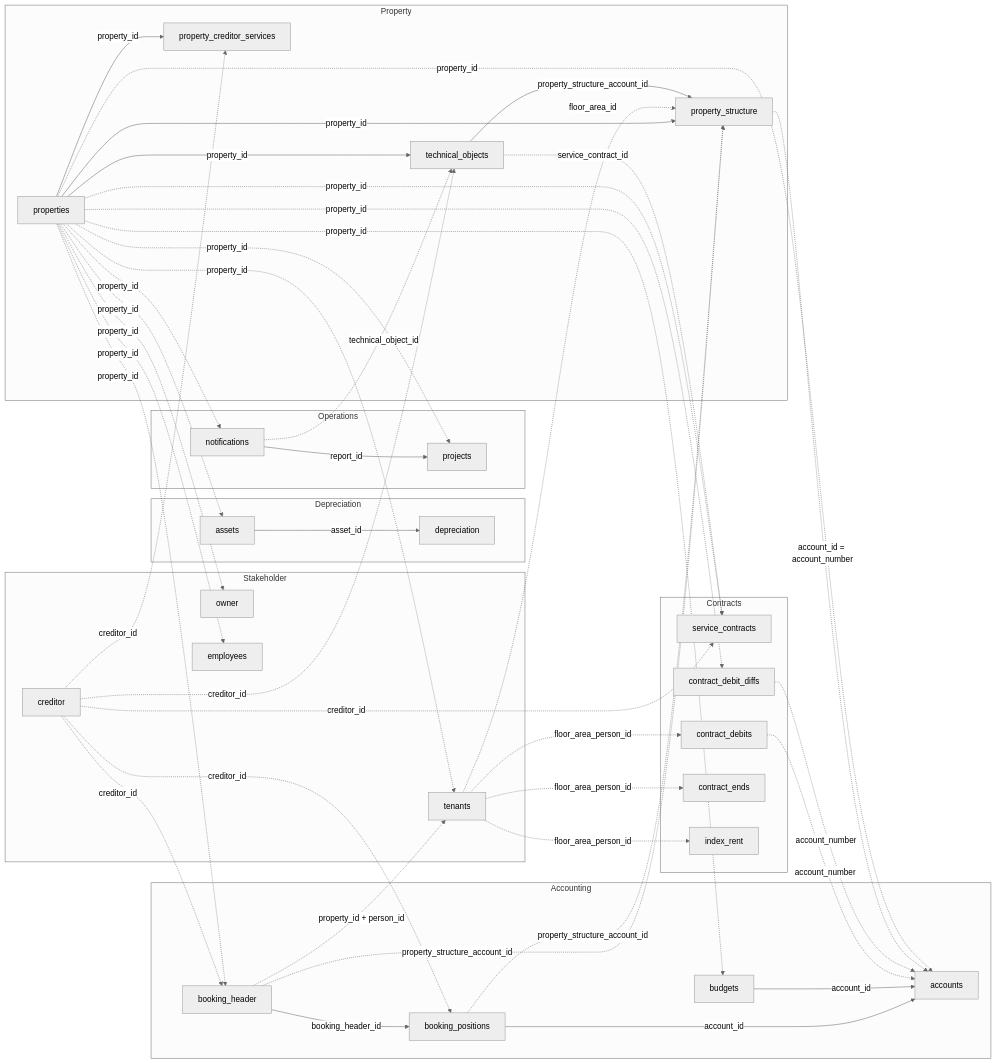
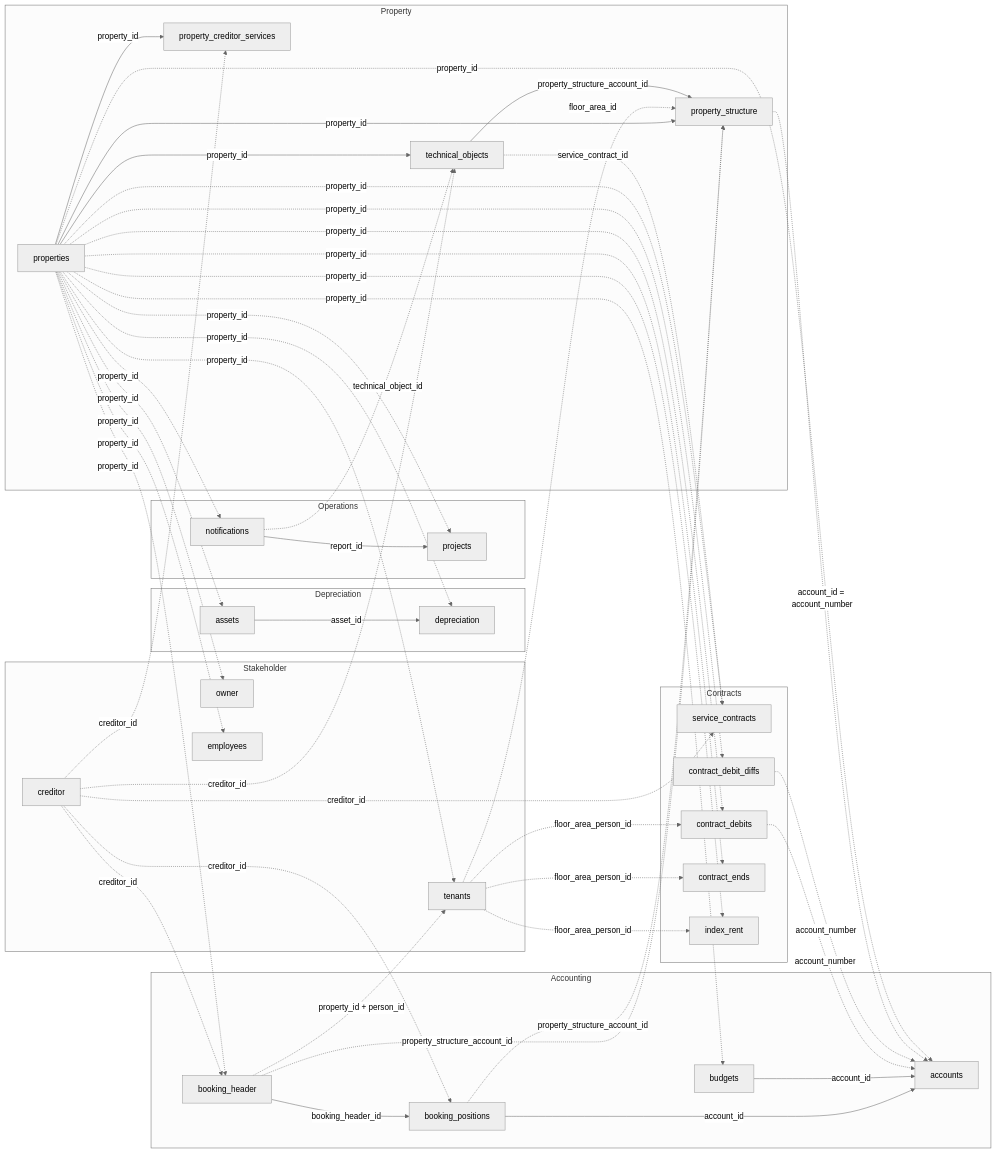
Before and after one commit to Trassets-ai/api-docs: the diagram in de/v1/data-model/overview.mdx, drawn with Mermaid (neutral theme). The commit also changed other lines of this file and 13 other files, not shown here.

First line of the commit message:
fix: v1 data-model Seiten-Review — Sachkonto/Personenkonto-Verwechslungen, Live-Schema-Abweichungen, Formulierung (EN+DE) (#75)

```diff
--- a/de/v1/data-model/overview.mdx
+++ b/de/v1/data-model/overview.mdx
@@ -94,7 +94,11 @@
   properties -.->|property_id| employees
   properties -.->|property_id| service_contracts
   properties -.->|property_id| contract_debit_diffs
+  properties -.->|property_id| contract_debits
+  properties -.->|property_id| contract_ends
+  properties -.->|property_id| index_rent
   properties -.->|property_id| assets
+  properties -.->|property_id| depreciation
 
   booking_header -->|booking_header_id| booking_positions
   booking_positions -->|account_id| accounts
```
